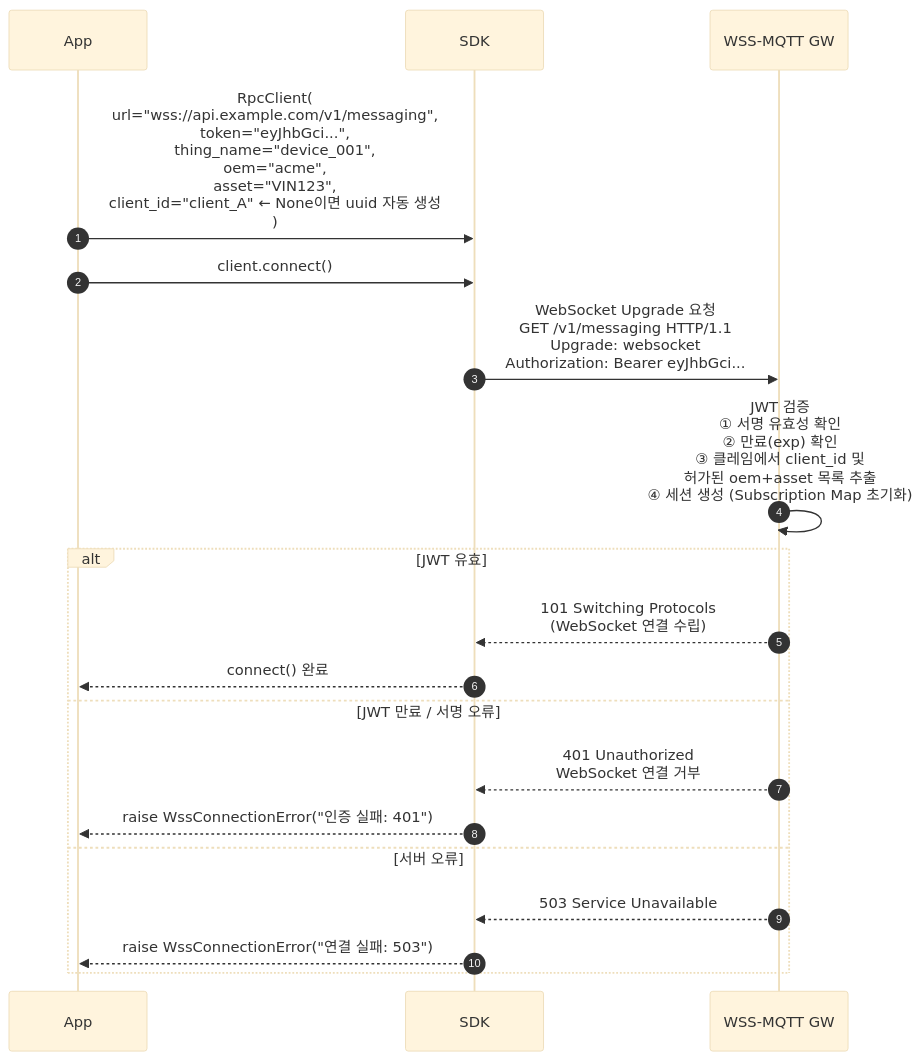
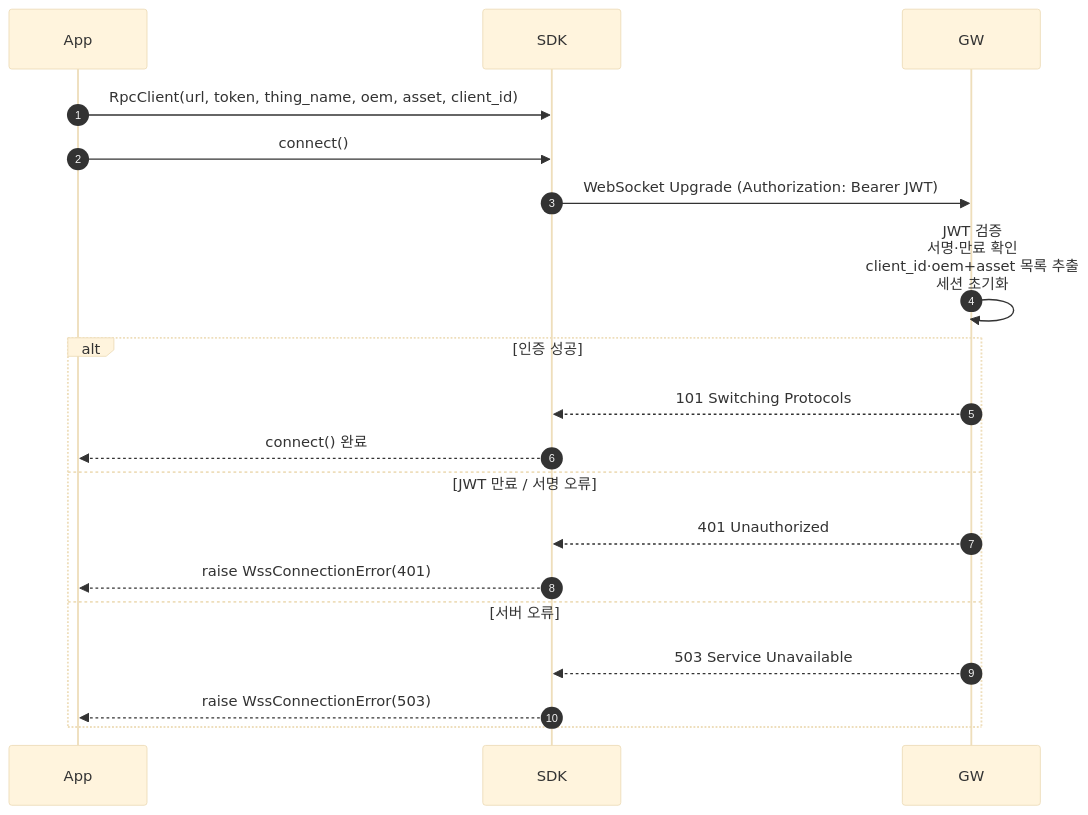
The ninth of 11 diagrams in docs/RPC_SEQUENCE_DIAGRAMS.md (DongEunKim/MQTT-WSS-API), drawn with Mermaid (base theme) before and after one commit. The commit also changed other lines of this file, not shown here.

First line of the commit message:
docs: RPC 시퀀스 다이어그램 가독성 개선 (화살표 레이블 축약, 사양 분리)

````diff
--- a/docs/RPC_SEQUENCE_DIAGRAMS.md
+++ b/docs/RPC_SEQUENCE_DIAGRAMS.md
@@ -395,25 +350,25 @@
 ```mermaid
 sequenceDiagram
     autonumber
     participant App
     participant SDK
-    participant GW as WSS-MQTT GW
+    participant GW
 
-    App->>SDK: RpcClient(<br/>  url="wss://api.example.com/v1/messaging",<br/>  token="eyJhbGci...",<br/>  thing_name="device_001",<br/>  oem="acme",<br/>  asset="VIN123",<br/>  client_id="client_A"  ← None이면 uuid 자동 생성<br/>)
-    App->>SDK: client.connect()
+    App->>SDK: RpcClient(url, token, thing_name, oem, asset, client_id)
+    App->>SDK: connect()
 
-    SDK->>GW: WebSocket Upgrade 요청<br/>GET /v1/messaging HTTP/1.1<br/>Upgrade: websocket<br/>Authorization: Bearer eyJhbGci...
+    SDK->>GW: WebSocket Upgrade (Authorization: Bearer JWT)
 
-    GW->>GW: JWT 검증<br/>① 서명 유효성 확인<br/>② 만료(exp) 확인<br/>③ 클레임에서 client_id 및<br/>   허가된 oem+asset 목록 추출<br/>④ 세션 생성 (Subscription Map 초기화)
+    GW->>GW: JWT 검증<br/>서명·만료 확인<br/>client_id·oem+asset 목록 추출<br/>세션 초기화
 
-    alt JWT 유효
-        GW-->>SDK: 101 Switching Protocols<br/>(WebSocket 연결 수립)
+    alt 인증 성공
+        GW-->>SDK: 101 Switching Protocols
         SDK-->>App: connect() 완료
     else JWT 만료 / 서명 오류
-        GW-->>SDK: 401 Unauthorized<br/>WebSocket 연결 거부
-        SDK-->>App: raise WssConnectionError("인증 실패: 401")
+        GW-->>SDK: 401 Unauthorized
+        SDK-->>App: raise WssConnectionError(401)
     else 서버 오류
         GW-->>SDK: 503 Service Unavailable
-        SDK-->>App: raise WssConnectionError("연결 실패: 503")
+        SDK-->>App: raise WssConnectionError(503)
     end
 ```
````
